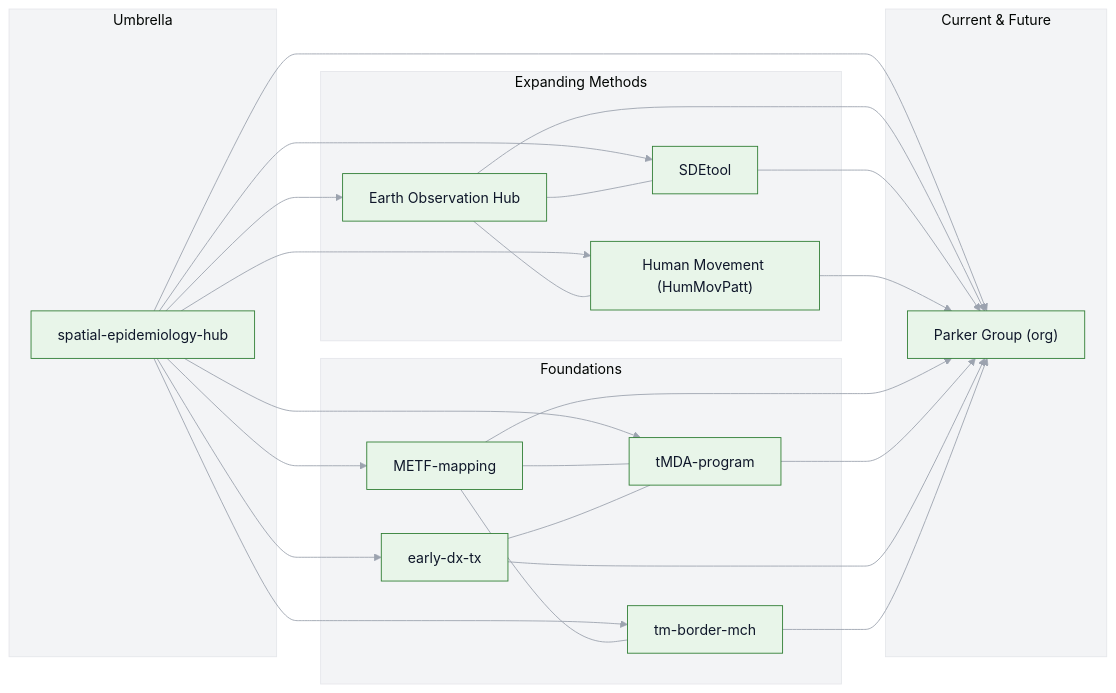
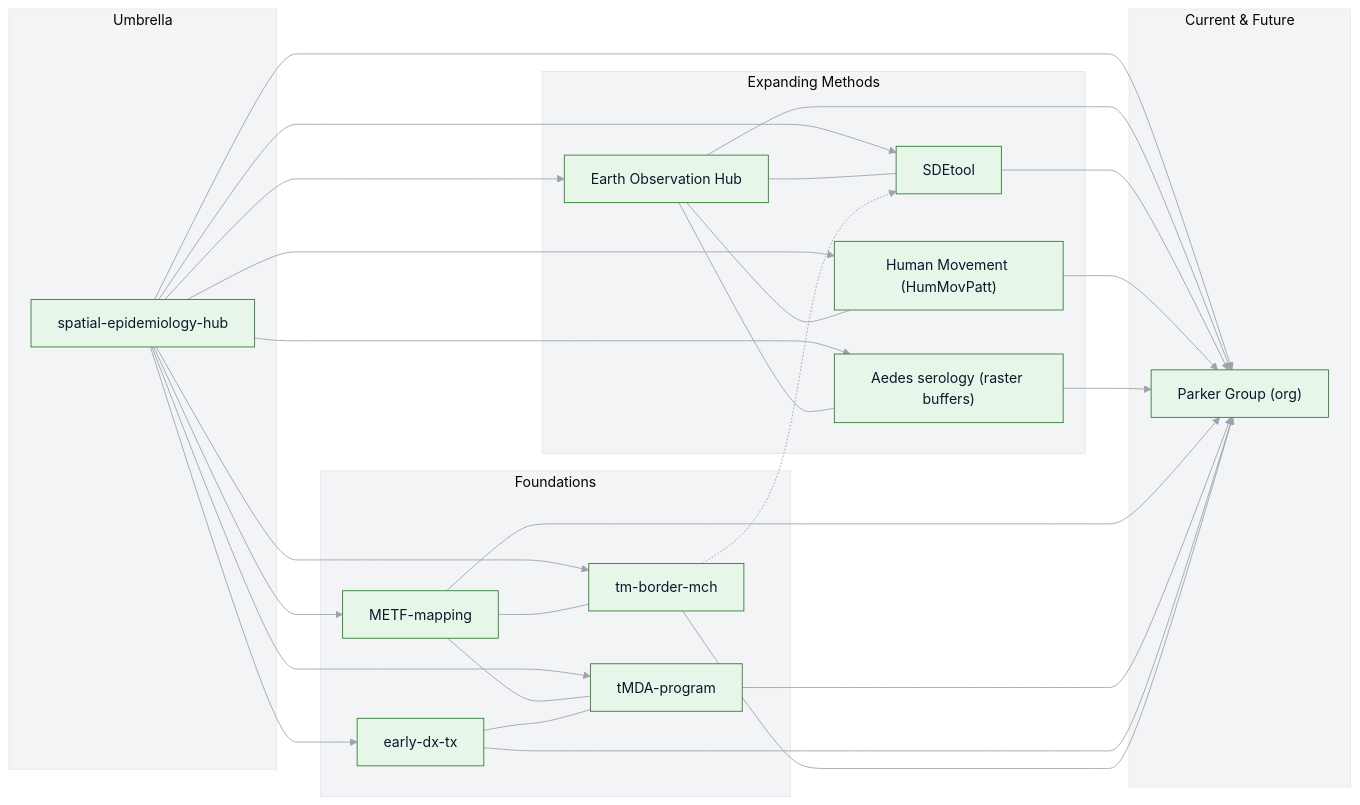
One commit to DMParker1/spatial-epidemiology-hub changed the diagram in README.md. Above: the diagram before and after it, drawn with Mermaid. The commit also changed other lines of this file, not shown here.

````diff
--- a/README.md
+++ b/README.md
@@ -41,55 +41,63 @@
 ```mermaid
 %%{init: {"theme":"base","themeVariables":{
   "background":"#FAFAFA",
   "clusterBkg":"#F3F4F6",
   "clusterBorder":"#E5E7EB",
   "primaryColor":"#E8F5E9",
   "primaryBorderColor":"#2E7D32",
   "primaryTextColor":"#0F172A",
   "lineColor":"#9CA3AF"
 }}}%%
 flowchart LR
   subgraph A[Foundations]
     METF["METF-mapping"]
     EDT["early-dx-tx"]
     MCH["tm-border-mch"]
     tMDA["tMDA-program"]
   end
 
   subgraph B[Expanding Methods]
     EO["Earth Observation Hub"]
     SDE["SDEtool"]
     HM["Human Movement (HumMovPatt)"]
+    AED["Aedes serology (raster buffers)"]
   end
 
   subgraph C[Umbrella]
     GIS["spatial-epidemiology-hub"]
   end
 
   subgraph D[Current & Future]
     PG["Parker Group (org)"]
   end
 
+  %% umbrella links
   GIS --> METF
   GIS --> tMDA
   GIS --> EDT
   GIS --> MCH
   GIS --> EO
   GIS --> SDE
   GIS --> HM
+  GIS --> AED
   GIS --> PG
 
+  %% method/theme crosslinks
   METF --- tMDA
   EDT --- tMDA
   METF --- MCH
   EO --- SDE
   EO --- HM
+  EO --- AED
+  MCH -.-> SDE
 
+  %% convergence
   EO --> PG
   SDE --> PG
   HM --> PG
+  AED --> PG
   METF --> PG
   tMDA --> PG
   EDT --> PG
   MCH --> PG
 ```
````
